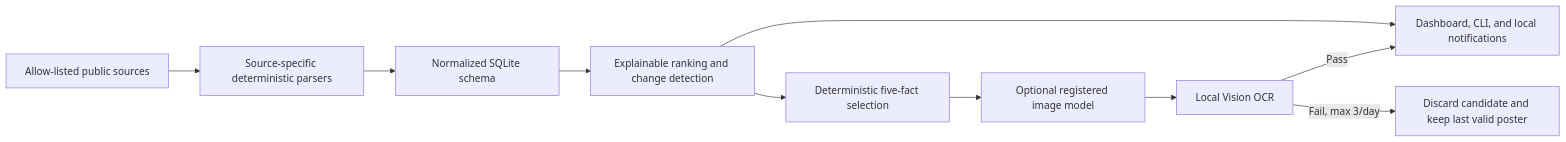
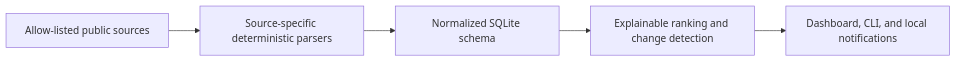
Before and after one commit to ai-resource-radar/ai-resource-radar: the diagram in README.md, drawn with Mermaid. The commit also changed other lines of this file and 44 other files, not shown here.

````diff
--- a/README.md
+++ b/README.md
@@ -174,12 +143,7 @@
 ```mermaid
 flowchart LR
     A[Allow-listed public sources] --> B[Source-specific deterministic parsers]
     B --> C[Normalized SQLite schema]
     C --> D[Explainable ranking and change detection]
     D --> E[Dashboard, CLI, and local notifications]
-    D --> F[Deterministic five-fact selection]
-    F --> G[Optional registered image model]
-    G --> H[Local Vision OCR]
-    H -->|Pass| E
-    H -->|Fail, max 3/day| I[Discard candidate and keep last valid poster]
 ```
````
